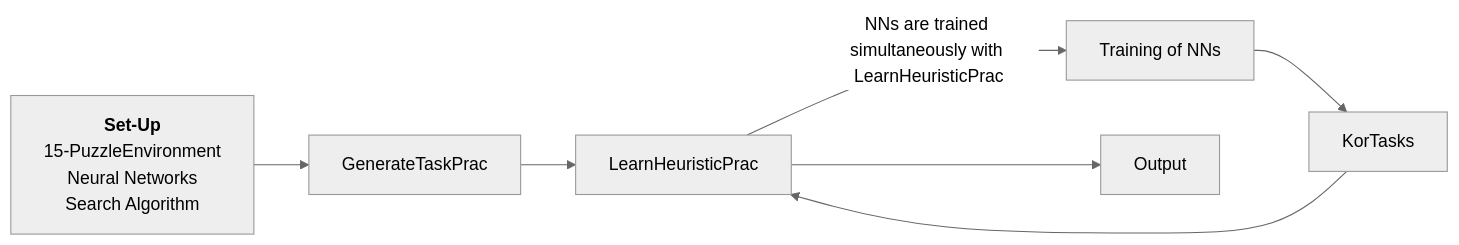
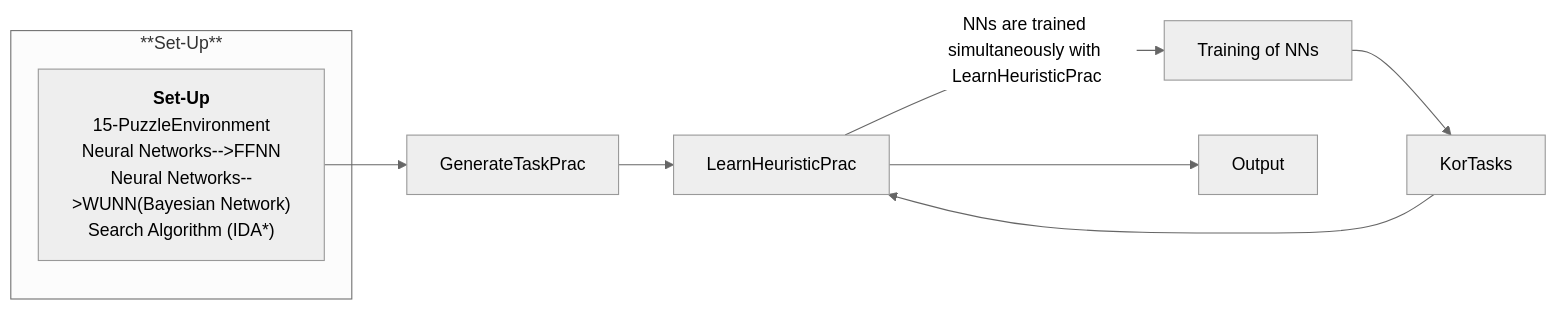
One commit to OShagHennessy/Reproducibility_Assignment changed the diagram in README.md. Above: the diagram before and after it, drawn with Mermaid (neutral theme).

````diff
--- a/README.md
+++ b/README.md
@@ -10,13 +10,17 @@
 ```mermaid
 graph LR;
 
 FirstBlock["`**Set-Up**
 15-PuzzleEnvironment
-Neural Networks
-Search Algorithm`"]
+Neural Networks-->FFNN
+Neural Networks-->WUNN(Bayesian Network)
+Search Algorithm (IDA*)`"]
 Algorithm3["`GenerateTaskPrac`"]
 Algorithm4["`LearnHeuristicPrac`"]
 TrainingofNNs["`Training of NNs`"]
+subgraph **Set-Up**
+FirstBlock
+end
 
 FirstBlock --> Algorithm3 --> Algorithm4 --NNs are trained simultaneously with LearnHeuristicPrac--> TrainingofNNs --> KorTasks --> Algorithm4 --> Output
 ```
````
